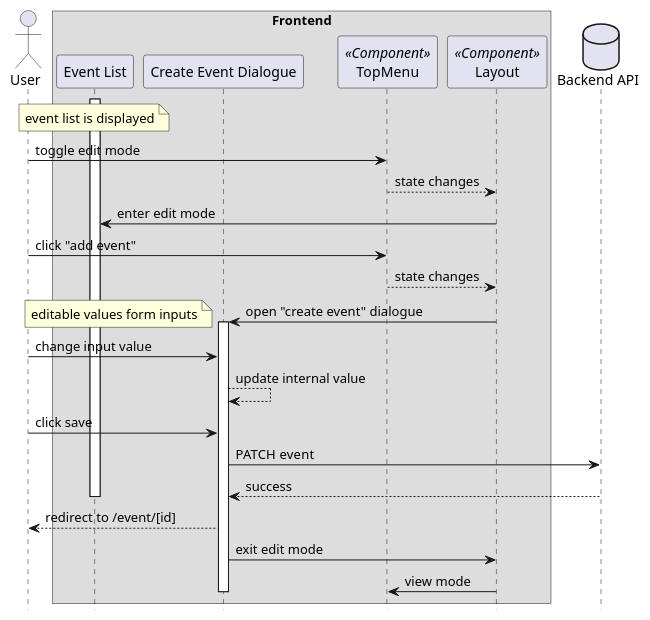
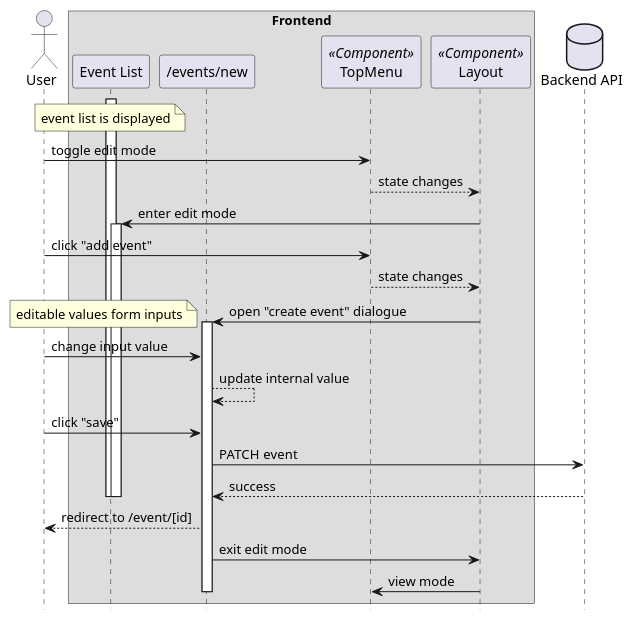
Before and after one commit to Modern-MISP/frontend: the diagram in docs/sequencediagrams/plantuml/add_event.plantuml, drawn with PlantUML.

Commit message:
patched mistakes

```diff
--- a/docs/sequencediagrams/plantuml/add_event.plantuml
+++ b/docs/sequencediagrams/plantuml/add_event.plantuml
@@ -1,36 +1,38 @@
 @startuml "Add Event"
 hide footbox
 
 actor User as user
 box "Frontend"
 participant "Event List" as eventlist
-participant "Create Event Dialogue" as createdialogue
+participant "/events/new" as createdialogue
 participant TopMenu as topmenu <<Component>>
 participant Layout as layout <<Component>>
 end box
 database "Backend API" as api
 
 note over eventlist : event list is displayed
 
 activate eventlist
 user -> topmenu : toggle edit mode
 topmenu --> layout : state changes
 layout -> eventlist : enter edit mode
+activate eventlist
 user -> topmenu : click "add event"
 topmenu --> layout : state changes
 layout -> createdialogue : open "create event" dialogue
 activate createdialogue
 note left : editable values form inputs
 user -> createdialogue : change input value
 createdialogue --> createdialogue : update internal value
 
-user -> createdialogue : click save
+user -> createdialogue : click "save"
 createdialogue -> api : PATCH event
 api --> createdialogue : success
+deactivate eventlist
 deactivate eventlist
 createdialogue --> user : redirect to /event/[id]
 createdialogue -> layout : exit edit mode
 layout -> topmenu : view mode
 deactivate createdialogue
 
 @enduml
```
